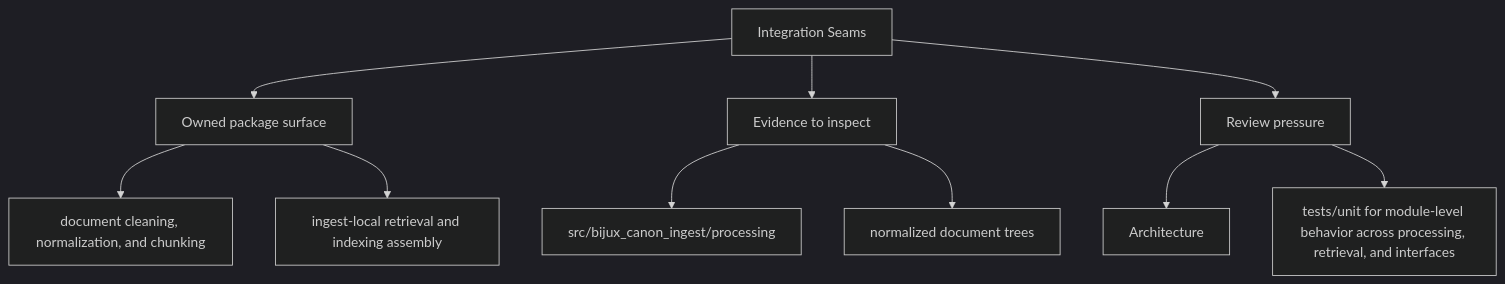
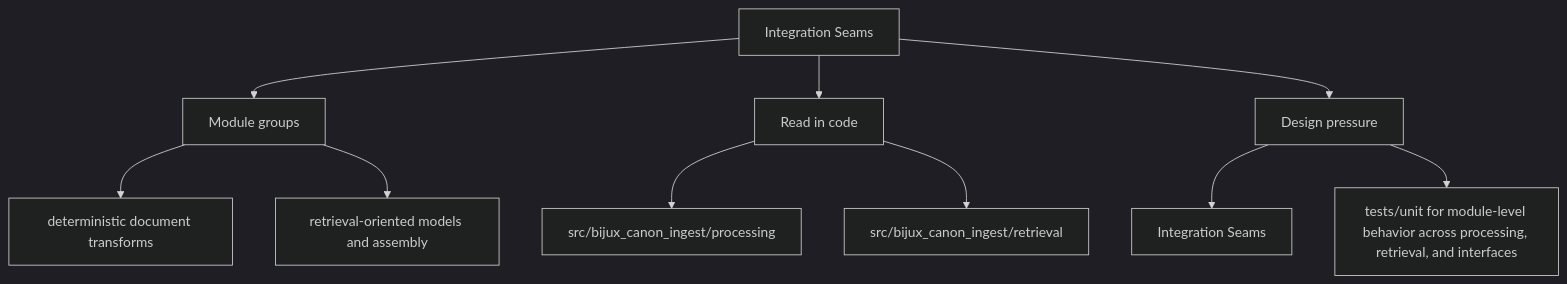
One commit to bijux/bijux-canon changed the second of 2 diagrams in docs/bijux-canon-ingest/architecture/integration-seams.md. Above: the diagram before and after it, drawn with Mermaid (dark theme). The commit also changed other lines of this file and 250 other files, not shown here.

Commit message:
docs(diagrams): make product page maps more readable

````diff
--- a/docs/bijux-canon-ingest/architecture/integration-seams.md
+++ b/docs/bijux-canon-ingest/architecture/integration-seams.md
@@ -35,22 +35,22 @@
 ```mermaid
 flowchart TD
     page["Integration Seams"]
-    focus1["Owned package surface"]
+    focus1["Module groups"]
     page --> focus1
-    focus1_1["document cleaning, normalization, and chunking"]
+    focus1_1["deterministic document transforms"]
     focus1 --> focus1_1
-    focus1_2["ingest-local retrieval and indexing assembly"]
+    focus1_2["retrieval-oriented models and assembly"]
     focus1 --> focus1_2
-    focus2["Evidence to inspect"]
+    focus2["Read in code"]
     page --> focus2
     focus2_1["src/bijux_canon_ingest/processing"]
     focus2 --> focus2_1
-    focus2_2["normalized document trees"]
+    focus2_2["src/bijux_canon_ingest/retrieval"]
     focus2 --> focus2_2
-    focus3["Review pressure"]
+    focus3["Design pressure"]
     page --> focus3
-    focus3_1["Architecture"]
+    focus3_1["Integration Seams"]
     focus3 --> focus3_1
     focus3_2["tests/unit for module-level behavior across processing, retrieval, and interfaces"]
     focus3 --> focus3_2
 ```
````
